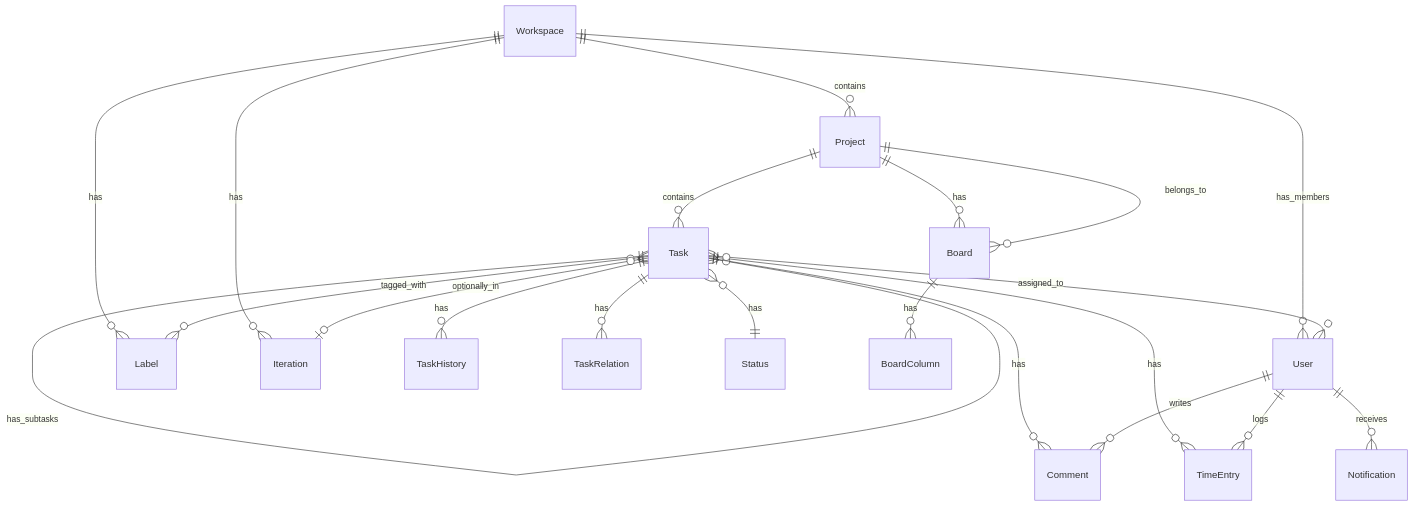
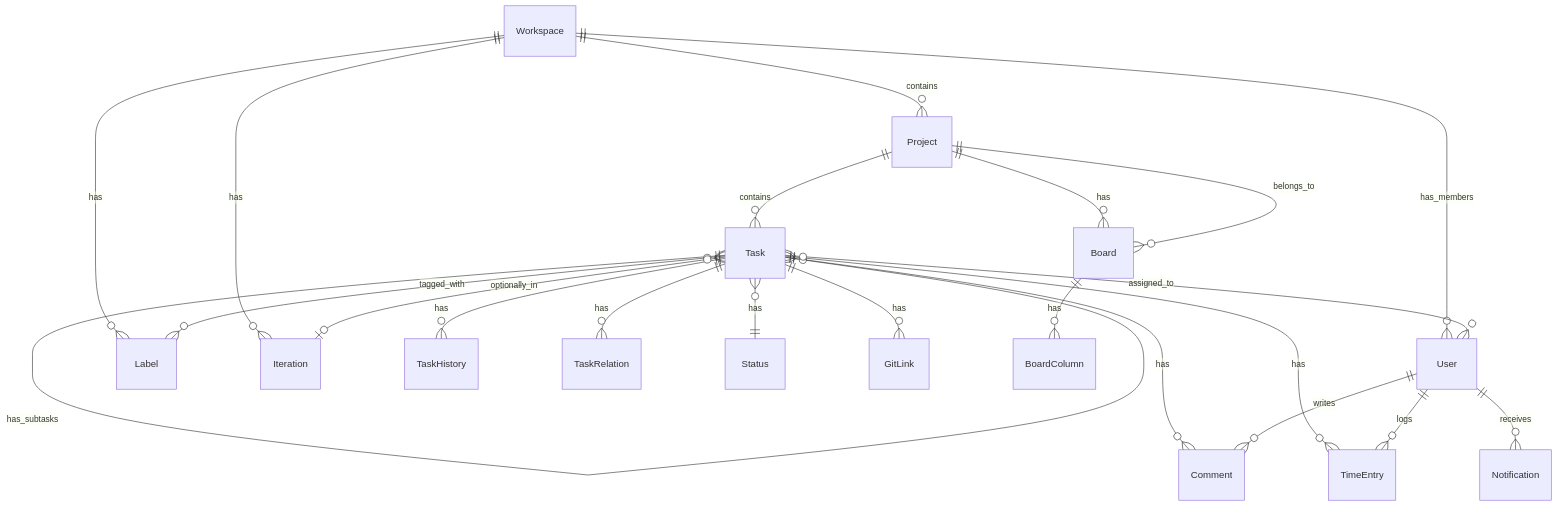
The fourth of 5 diagrams in docs/plans/2026-02-27-task-tracker-requirements.md (Alexey-Palanevich/task-tracker), drawn with Mermaid before and after one commit. The commit also changed other lines of this file, not shown here.

Commit message:
Add Git integration requirements to task tracker documentation, including linking tasks to external repositories, PRs/MRs, and branch names. Update API endpoints for managing Git links and introduce GitLink data model specifications.

````diff
--- a/docs/plans/2026-02-27-task-tracker-requirements.md
+++ b/docs/plans/2026-02-27-task-tracker-requirements.md
@@ -326,27 +338,28 @@
 ```mermaid
 erDiagram
     Workspace ||--o{ Project : contains
     Workspace ||--o{ User : has_members
     Workspace ||--o{ Label : has
     Workspace ||--o{ Iteration : has
 
     Project ||--o{ Task : contains
     Project ||--o{ Board : has
 
     Task ||--o{ Task : has_subtasks
     Task ||--o{ Comment : has
     Task ||--o{ TimeEntry : has
     Task ||--o{ TaskHistory : has
     Task ||--o{ TaskRelation : has
     Task }o--o{ Label : tagged_with
     Task }o--o{ User : assigned_to
     Task }o--|| Status : has
     Task }o--o| Iteration : optionally_in
+    Task ||--o{ GitLink : has
 
     User ||--o{ Comment : writes
     User ||--o{ TimeEntry : logs
     User ||--o{ Notification : receives
 
     Board }o--|| Project : belongs_to
     Board ||--o{ BoardColumn : has
 ```
````
